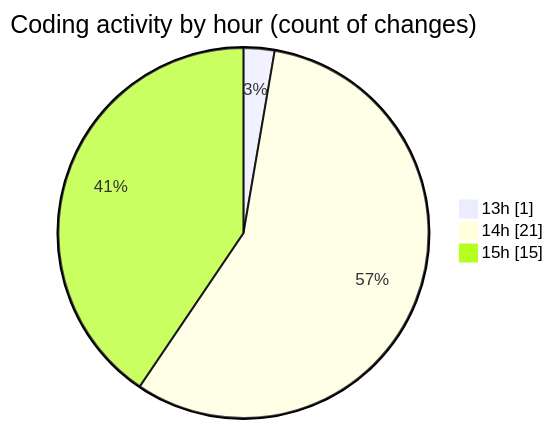
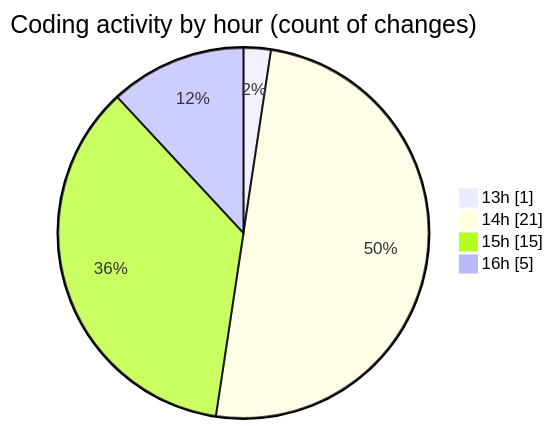
The second of 2 diagrams in 2025-11-01/futsal_rekomendasi/README.md (idhammustaqopulfikri/code-tracking), drawn with Mermaid before and after one commit. The commit also changed other lines of this file and 1 other file, not shown here.

````diff
--- a/2025-11-01/futsal_rekomendasi/README.md
+++ b/2025-11-01/futsal_rekomendasi/README.md
@@ -41,7 +43,8 @@
 ```mermaid
 pie showData
 title Coding activity by hour (count of changes)
 "13h" : 1
 "14h" : 21
 "15h" : 15
+"16h" : 5
 ```
````
